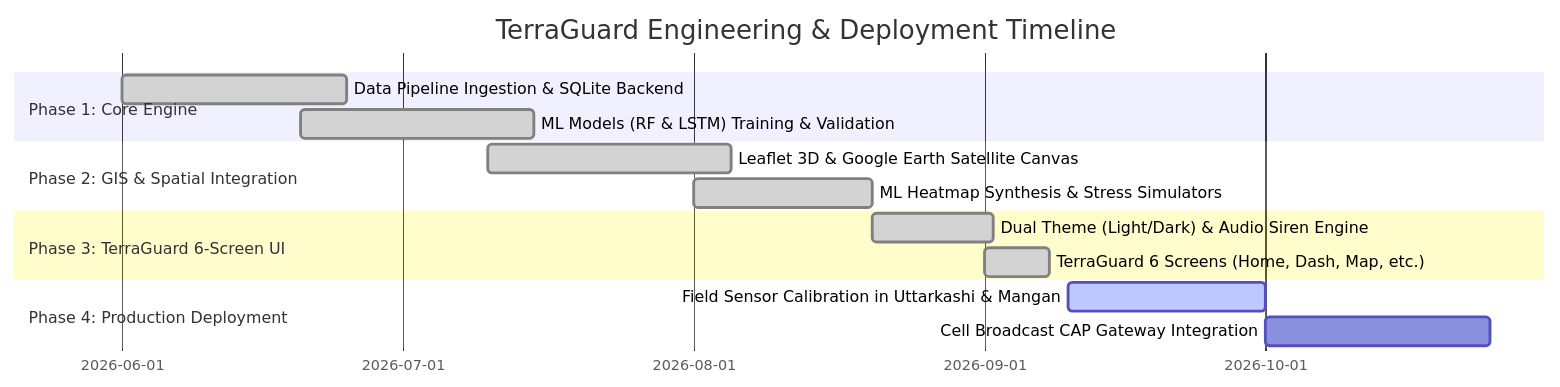
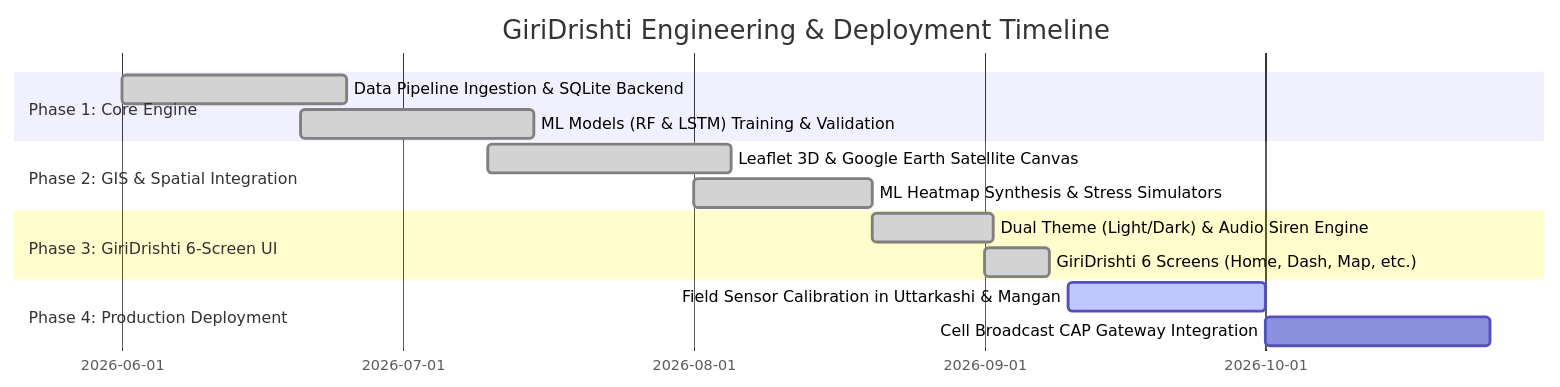
Before and after one commit to harit-adesara/Pransunex: the second of 2 diagrams in docs/PRD.md, drawn with Mermaid. The commit also changed other lines of this file and 41 other files, not shown here.

````diff
--- a/docs/PRD.md
+++ b/docs/PRD.md
@@ -226,17 +241,17 @@
 ```mermaid
 gantt
-    title TerraGuard Engineering & Deployment Timeline
+    title GiriDrishti Engineering & Deployment Timeline
     dateFormat  YYYY-MM-DD
     section Phase 1: Core Engine
     Data Pipeline Ingestion & SQLite Backend      :done,    p1, 2026-06-01, 2026-06-25
     ML Models (RF & LSTM) Training & Validation   :done,    p2, 2026-06-20, 2026-07-15
     section Phase 2: GIS & Spatial Integration
     Leaflet 3D & Google Earth Satellite Canvas   :done,    p3, 2026-07-10, 2026-08-05
     ML Heatmap Synthesis & Stress Simulators      :done,    p4, 2026-08-01, 2026-08-20
-    section Phase 3: TerraGuard 6-Screen UI
+    section Phase 3: GiriDrishti 6-Screen UI
     Dual Theme (Light/Dark) & Audio Siren Engine  :done,    p5, 2026-08-20, 2026-09-02
-    TerraGuard 6 Screens (Home, Dash, Map, etc.) :done,    p6, 2026-09-01, 2026-09-08
+    GiriDrishti 6 Screens (Home, Dash, Map, etc.) :done,    p6, 2026-09-01, 2026-09-08
     section Phase 4: Production Deployment
     Field Sensor Calibration in Uttarkashi & Mangan:active,  p7, 2026-09-10, 2026-10-01
     Cell Broadcast CAP Gateway Integration        :         p8, 2026-10-01, 2026-10-25
 ```
````
